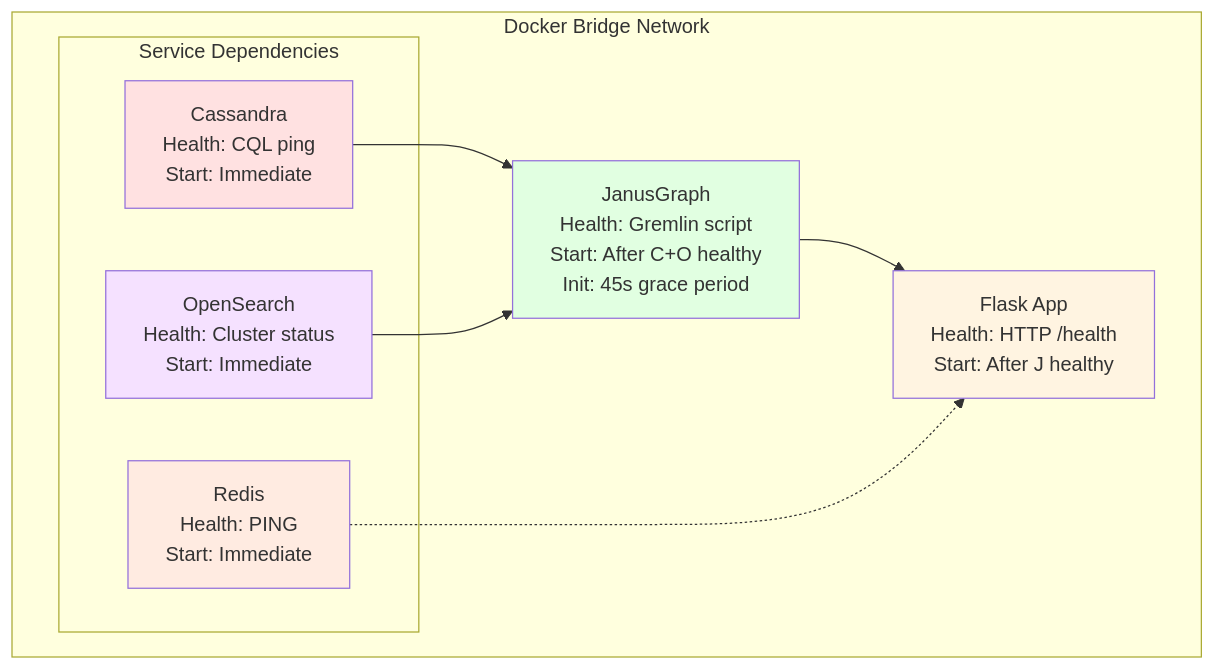
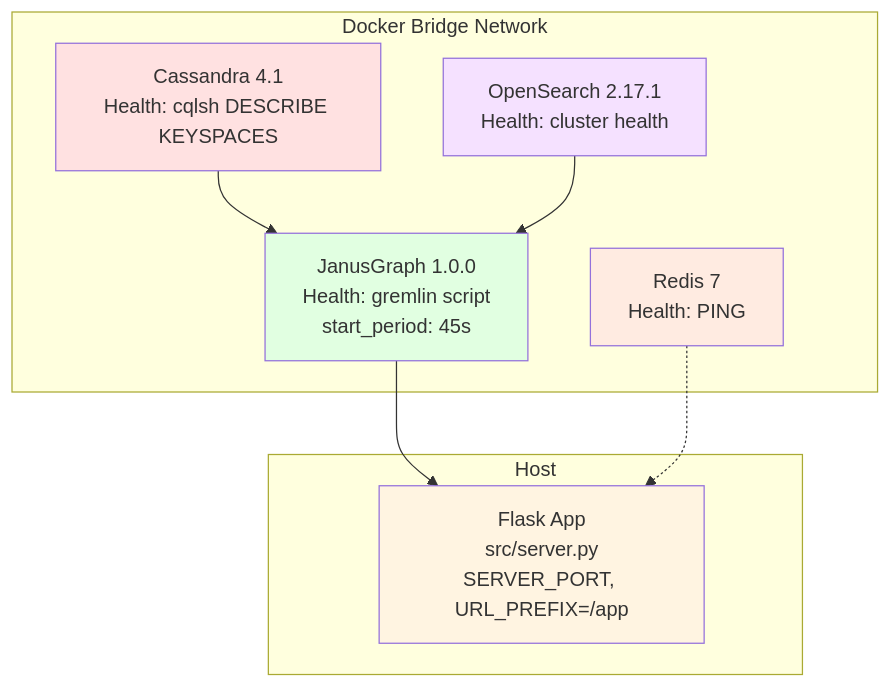
Before and after one commit to rrahimi-uci/policy-to-knowledge: the fifth of 5 diagrams in apps/explorer/docs/architecture.md, drawn with Mermaid. The commit also changed other lines of this file and 24 other files, not shown here.

````diff
--- a/apps/explorer/docs/architecture.md
+++ b/apps/explorer/docs/architecture.md
@@ -360,25 +386,24 @@
 ```mermaid
 graph TB
+    subgraph "Host"
+        F[Flask App<br/>src/server.py<br/>SERVER_PORT, URL_PREFIX=/app]
+    end
+
     subgraph "Docker Bridge Network"
-        subgraph "Service Dependencies"
-            C[Cassandra<br/>Health: CQL ping<br/>Start: Immediate]
-            O[OpenSearch<br/>Health: Cluster status<br/>Start: Immediate]
-            R[Redis<br/>Health: PING<br/>Start: Immediate]
-        end
-        
-        J[JanusGraph<br/>Health: Gremlin script<br/>Start: After C+O healthy<br/>Init: 45s grace period]
-        
-        F[Flask App<br/>Health: HTTP /health<br/>Start: After J healthy]
+        C[Cassandra 4.1<br/>Health: cqlsh DESCRIBE KEYSPACES]
+        O[OpenSearch 2.17.1<br/>Health: cluster health]
+        R[Redis 7<br/>Health: PING]
+        J[JanusGraph 1.0.0<br/>Health: gremlin script<br/>start_period: 45s]
     end
-    
+
     C --> J
     O --> J
     J --> F
     R -.-> F
-    
+
     style C fill:#ffe1e1
     style O fill:#f5e1ff
     style R fill:#ffebe1
     style J fill:#e1ffe1
     style F fill:#fff4e1
 ```
````
